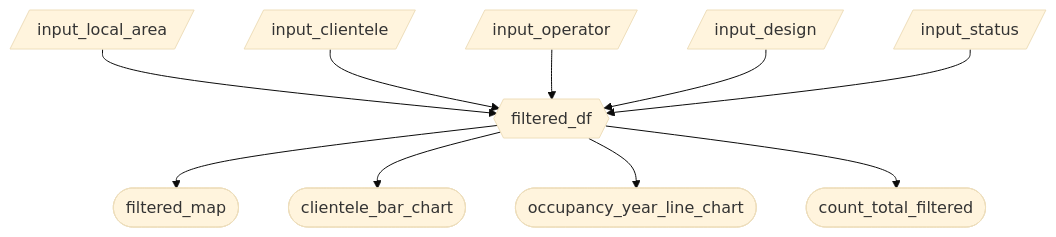
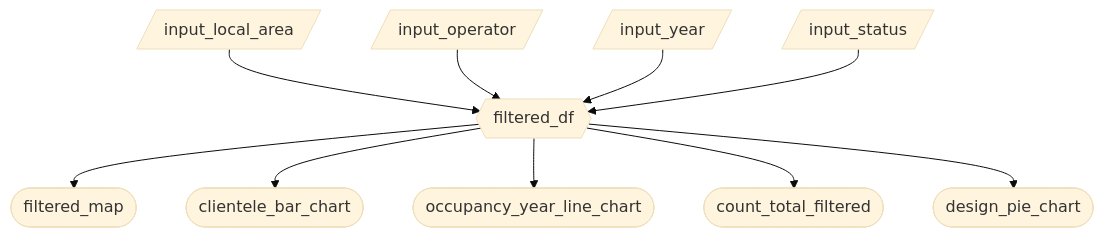
One commit to UBC-MDS/DSCI-532_2026_20_non_market_housing changed the diagram in reports/m2_spec.md. Above: the diagram before and after it, drawn with Mermaid (base theme). The commit also changed other lines of this file, not shown here.

Commit message:
Update reactivity diagram and calculation details

````diff
--- a/reports/m2_spec.md
+++ b/reports/m2_spec.md
@@ -3,13 +3,13 @@
 ```mermaid
 flowchart TD
   A[/input_local_area/] --> F{{filtered_df}}
-  B[/input_clientele/] --> F
-  C[/input_operator/] --> F
-  D[/input_design/] --> F
-  E[/input_status/] --> F
+  B[/input_operator/] --> F
+  C[/input_year/] --> F
+  D[/input_status/] --> F
 
   F --> M([filtered_map])
   F --> BC([clientele_bar_chart])
   F --> LC([occupancy_year_line_chart])
   F --> CV([count_total_filtered])
+  F --> DS([design_pie_chart])
 ```
````
